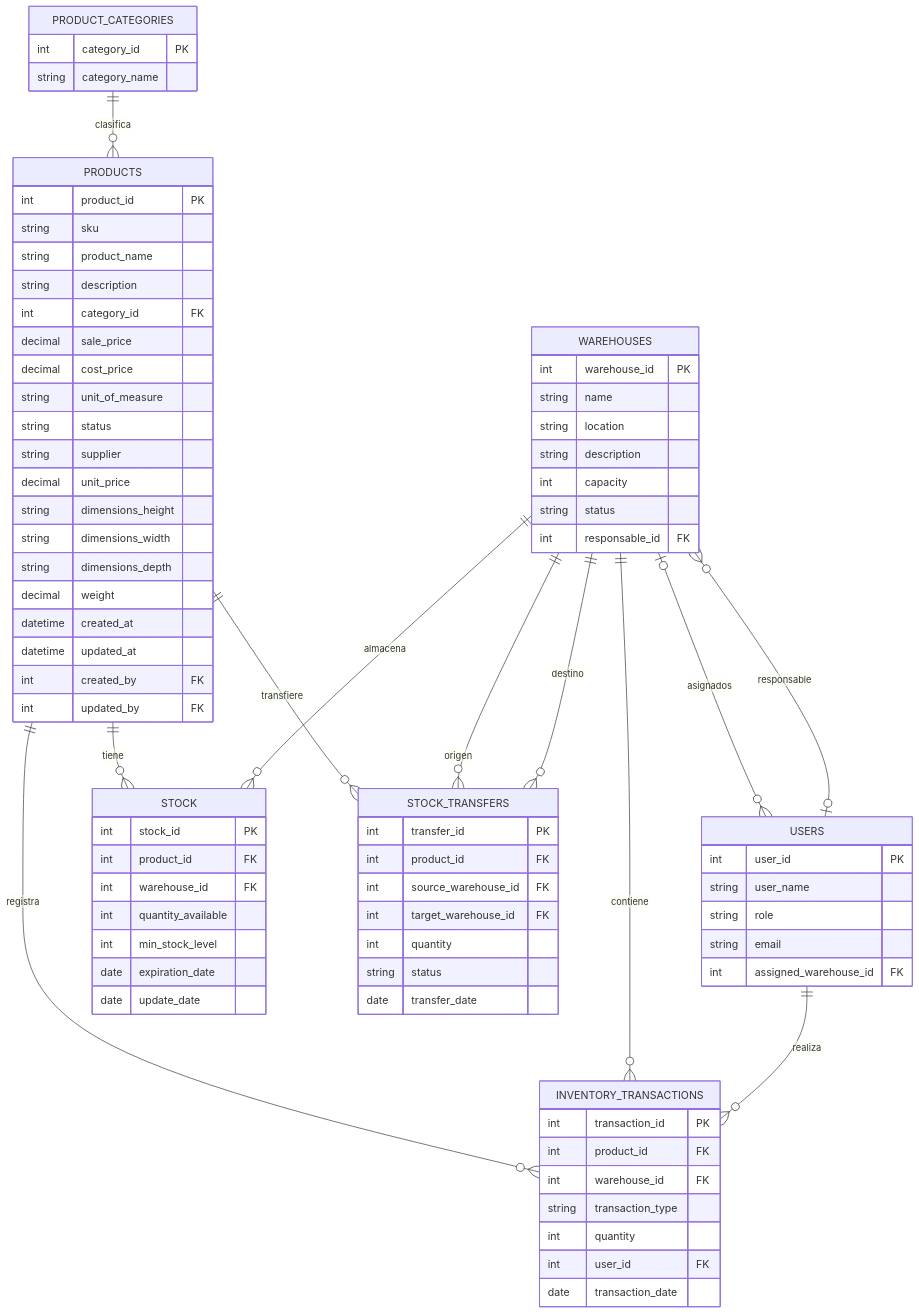
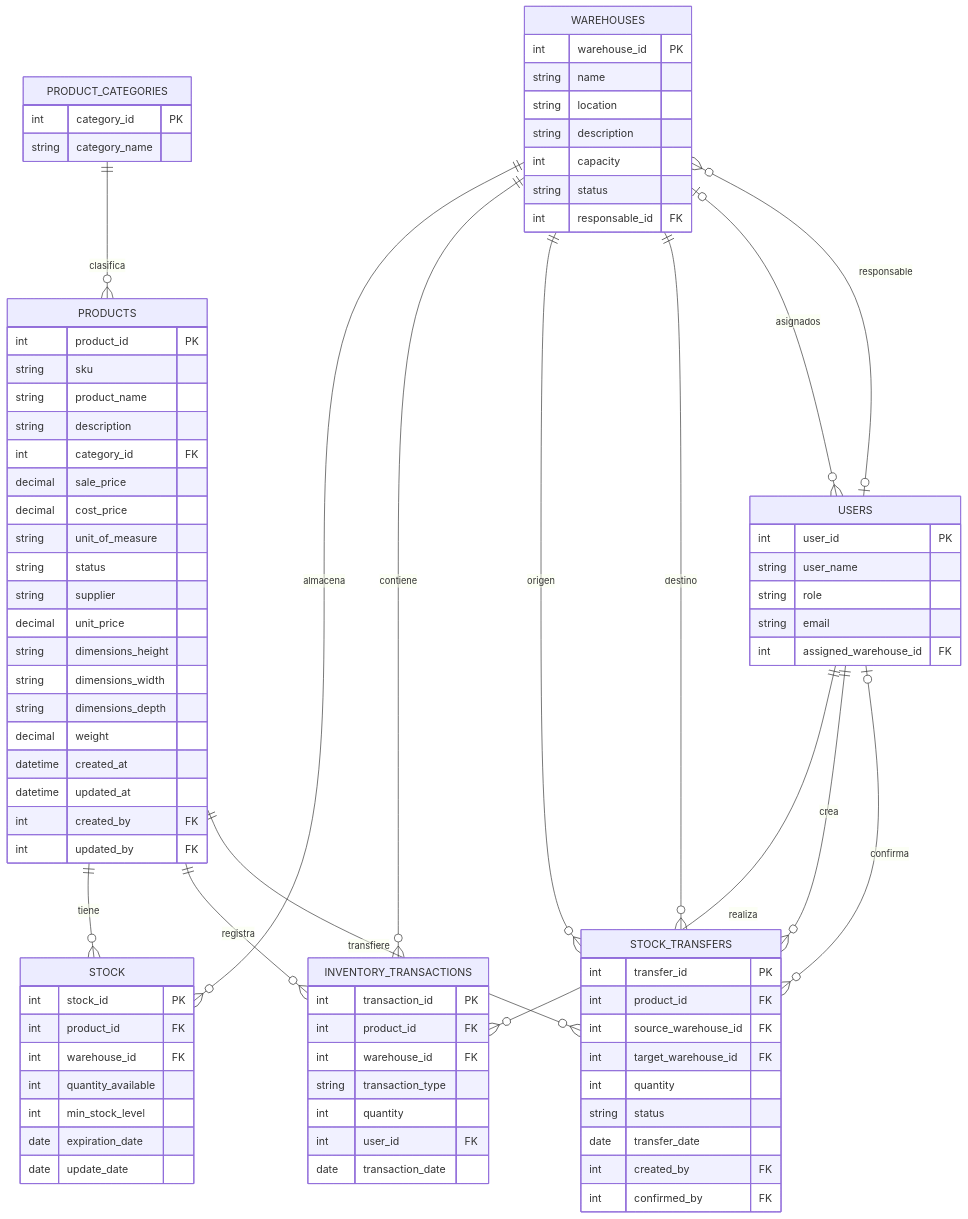
The diagram in specs/002-logistica-inventario/MER.md (MDS-BI/Grupo-19), drawn with Mermaid before and after one commit. The commit also changed other lines of this file and 4 other files, not shown here.

````diff
--- a/specs/002-logistica-inventario/MER.md
+++ b/specs/002-logistica-inventario/MER.md
@@ -80,6 +80,8 @@
         int quantity
         string status
         date transfer_date
+        int created_by FK
+        int confirmed_by FK
     }
 
     PRODUCT_CATEGORIES ||--o{ PRODUCTS : clasifica
@@ -93,4 +95,6 @@
     WAREHOUSES ||--o{ STOCK_TRANSFERS : destino
     USERS |o--o{ WAREHOUSES : responsable
     WAREHOUSES |o--o{ USERS : asignados
+    USERS ||--o{ STOCK_TRANSFERS : crea
+    USERS |o--o{ STOCK_TRANSFERS : confirma
 ```
````
